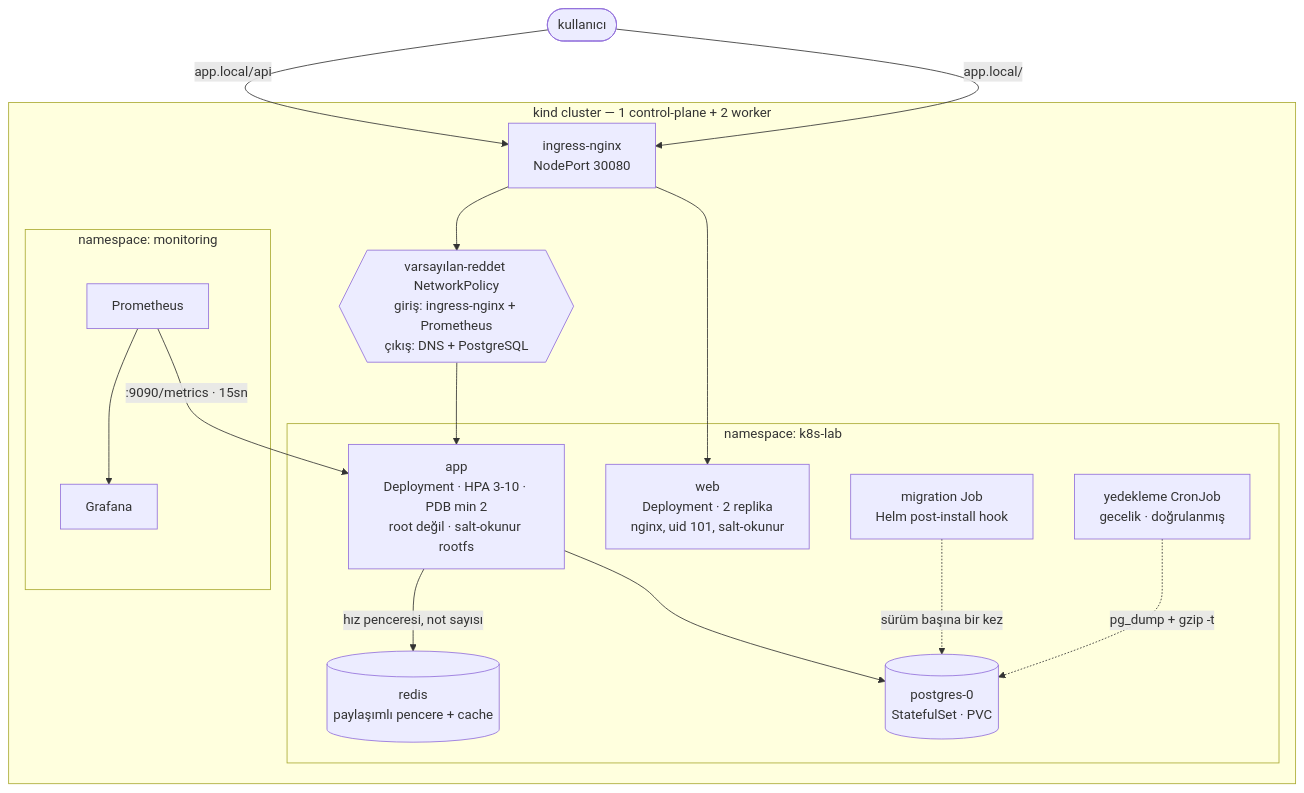
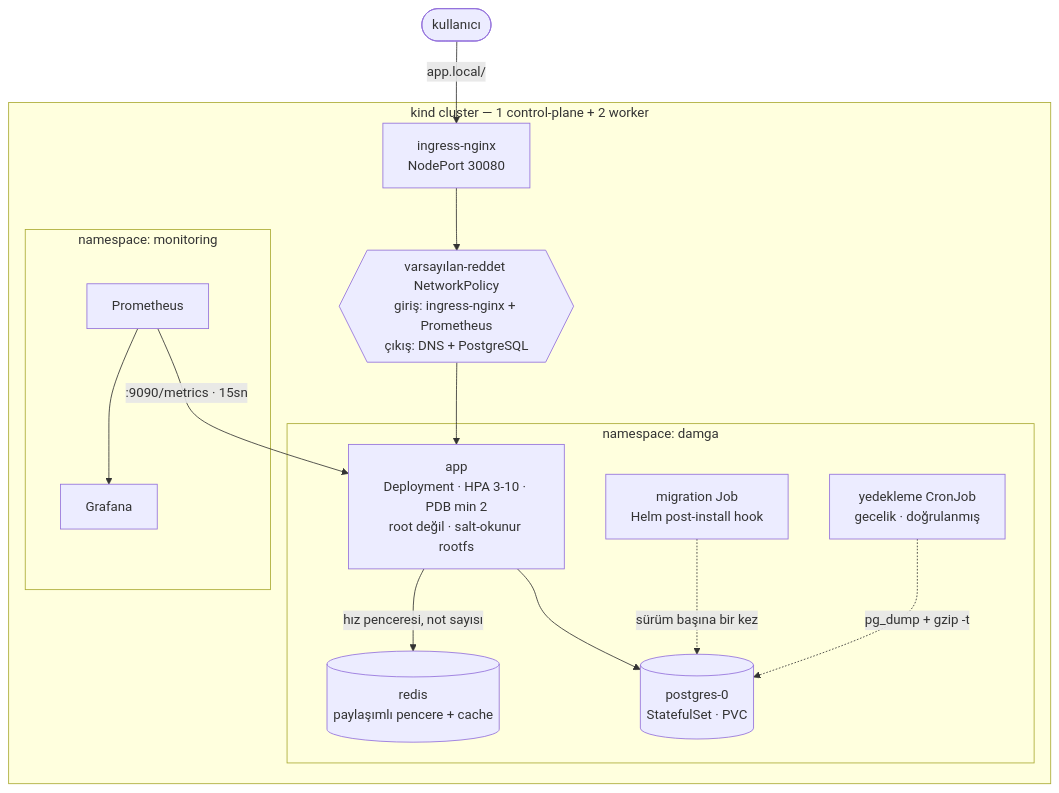
Before and after one commit to alpacino-0/k8s-lab: the diagram in README.tr.md, drawn with Mermaid. The commit also changed other lines of this file and 76 other files, not shown here.

````diff
--- a/README.tr.md
+++ b/README.tr.md
@@ -26,33 +26,31 @@
 ```mermaid
 flowchart TB
     U([kullanıcı])
 
     subgraph CL["kind cluster — 1 control-plane + 2 worker"]
         ING["ingress-nginx<br/>NodePort 30080"]
 
-        subgraph NS["namespace: k8s-lab"]
-            WEB["web<br/>Deployment · 2 replika<br/>nginx, uid 101, salt-okunur"]
+        subgraph NS["namespace: damga"]
             RD[("redis<br/>paylaşımlı pencere + cache")]
             APP["app<br/>Deployment · HPA 3-10 · PDB min 2<br/>root değil · salt-okunur rootfs"]
             PG[("postgres-0<br/>StatefulSet · PVC")]
             MIG["migration Job<br/>Helm post-install hook"]
             BK["yedekleme CronJob<br/>gecelik · doğrulanmış"]
         end
 
         subgraph MON["namespace: monitoring"]
             PROM["Prometheus"]
             GRAF["Grafana"]
         end
 
         NP{{"varsayılan-reddet NetworkPolicy<br/>giriş: ingress-nginx + Prometheus<br/>çıkış: DNS + PostgreSQL"}}
     end
 
-    U -->|"app.local/"| ING --> WEB
-    U -->|"app.local/api"| ING --> NP --> APP
+    U -->|"app.local/"| ING --> NP --> APP
     APP --> PG
     APP -->|"hız penceresi, not sayısı"| RD
     MIG -.->|sürüm başına bir kez| PG
     BK -.->|pg_dump + gzip -t| PG
     PROM -->|":9090/metrics · 15sn"| APP
     PROM --> GRAF
 ```
````
